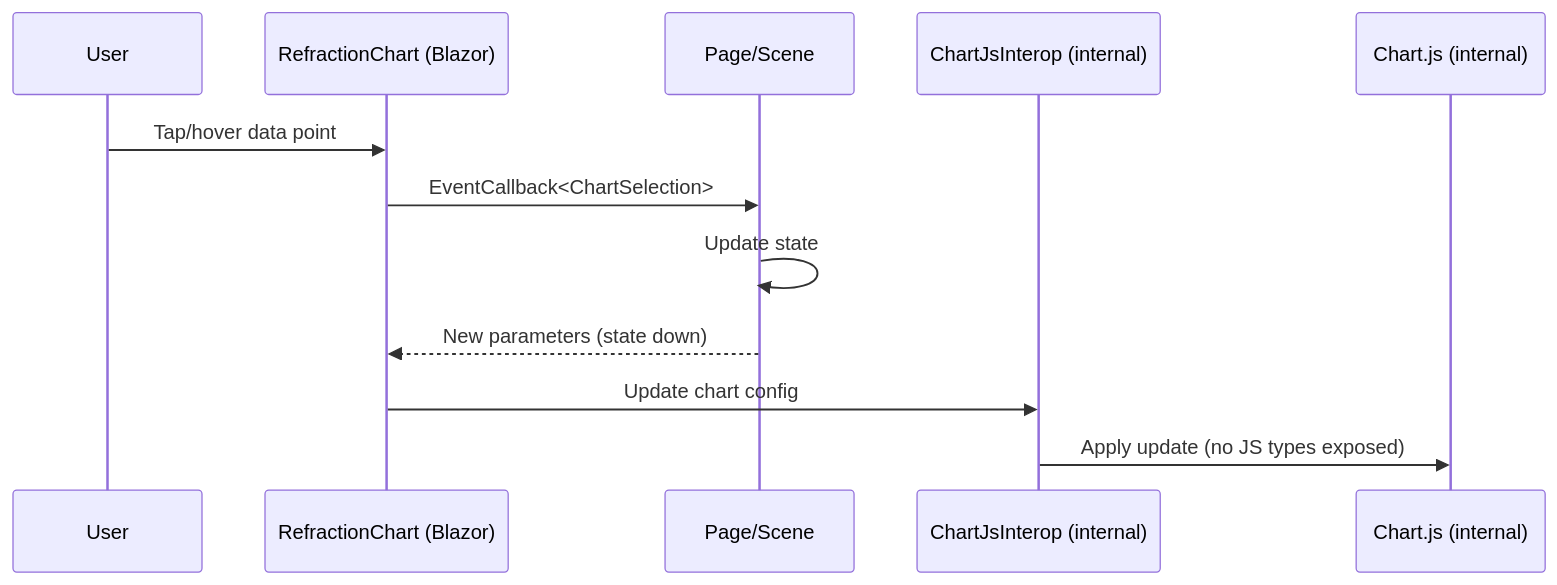
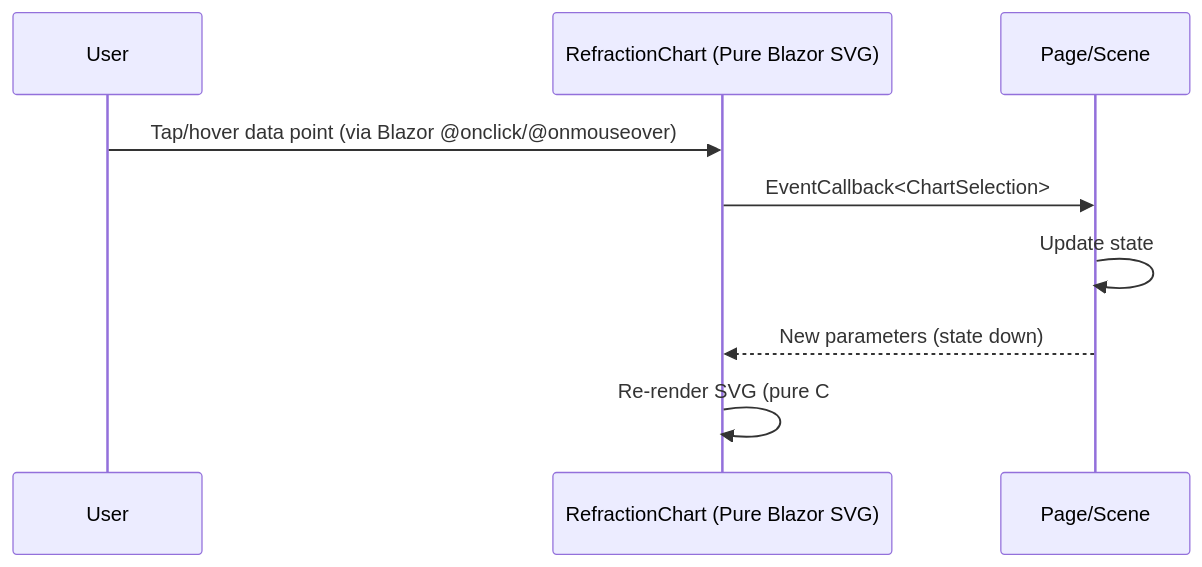
The second of 2 diagrams in spec/blazor-native-ui-design-system/rfc.md (Gibbs-Morris/mississippi), drawn with Mermaid before and after one commit. The commit also changed other lines of this file and 3 other files, not shown here.

Commit message:
spec(blazor-native-ui): enforce NO JAVASCRIPT rule - pure C# Blazor only

````diff
--- a/spec/blazor-native-ui-design-system/rfc.md
+++ b/spec/blazor-native-ui-design-system/rfc.md
@@ -60,15 +60,12 @@
 ```mermaid
 sequenceDiagram
 	participant User
-	participant BlazorChart as RefractionChart (Blazor)
+	participant BlazorChart as RefractionChart (Pure Blazor SVG)
 	participant Parent as Page/Scene
-	participant Interop as ChartJsInterop (internal)
-	participant ChartJS as Chart.js (internal)
 
-	User->>BlazorChart: Tap/hover data point
+	User->>BlazorChart: Tap/hover data point (via Blazor @onclick/@onmouseover)
 	BlazorChart->>Parent: EventCallback<ChartSelection>
 	Parent->>Parent: Update state
 	Parent-->>BlazorChart: New parameters (state down)
-	BlazorChart->>Interop: Update chart config
-	Interop->>ChartJS: Apply update (no JS types exposed)
+	BlazorChart->>BlazorChart: Re-render SVG (pure C#)
 ```
````
